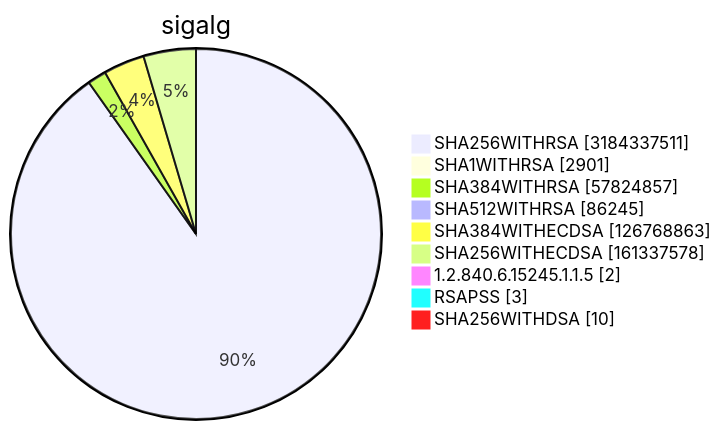
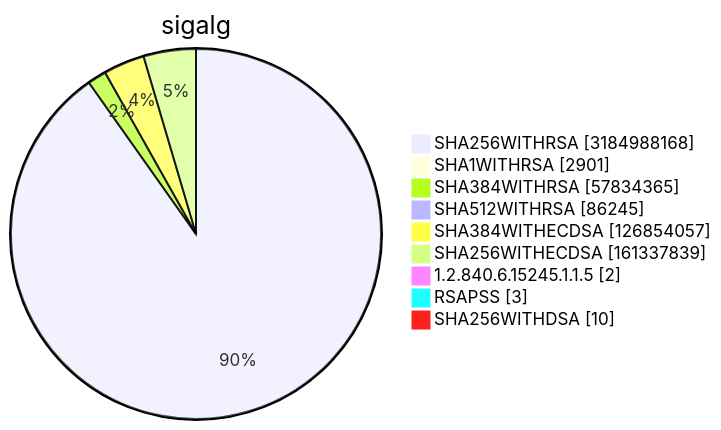
Before and after one commit to christiankrug/ctmonitor_visualization: diagram 15 of 15 in TOTAL/README.md, drawn with Mermaid. The commit also changed other lines of this file, not shown here.

````diff
--- a/TOTAL/README.md
+++ b/TOTAL/README.md
@@ -6216,13 +6216,13 @@
 ```mermaid
 pie showData
 title sigalg
-"SHA256WITHRSA" :3184337511
+"SHA256WITHRSA" :3184988168
 "SHA1WITHRSA" :2901
-"SHA384WITHRSA" :57824857
+"SHA384WITHRSA" :57834365
 "SHA512WITHRSA" :86245
-"SHA384WITHECDSA" :126768863
-"SHA256WITHECDSA" :161337578
+"SHA384WITHECDSA" :126854057
+"SHA256WITHECDSA" :161337839
 "1.2.840.6.15245.1.1.5" :2
 "RSAPSS" :3
 "SHA256WITHDSA" :10
 ```
````
